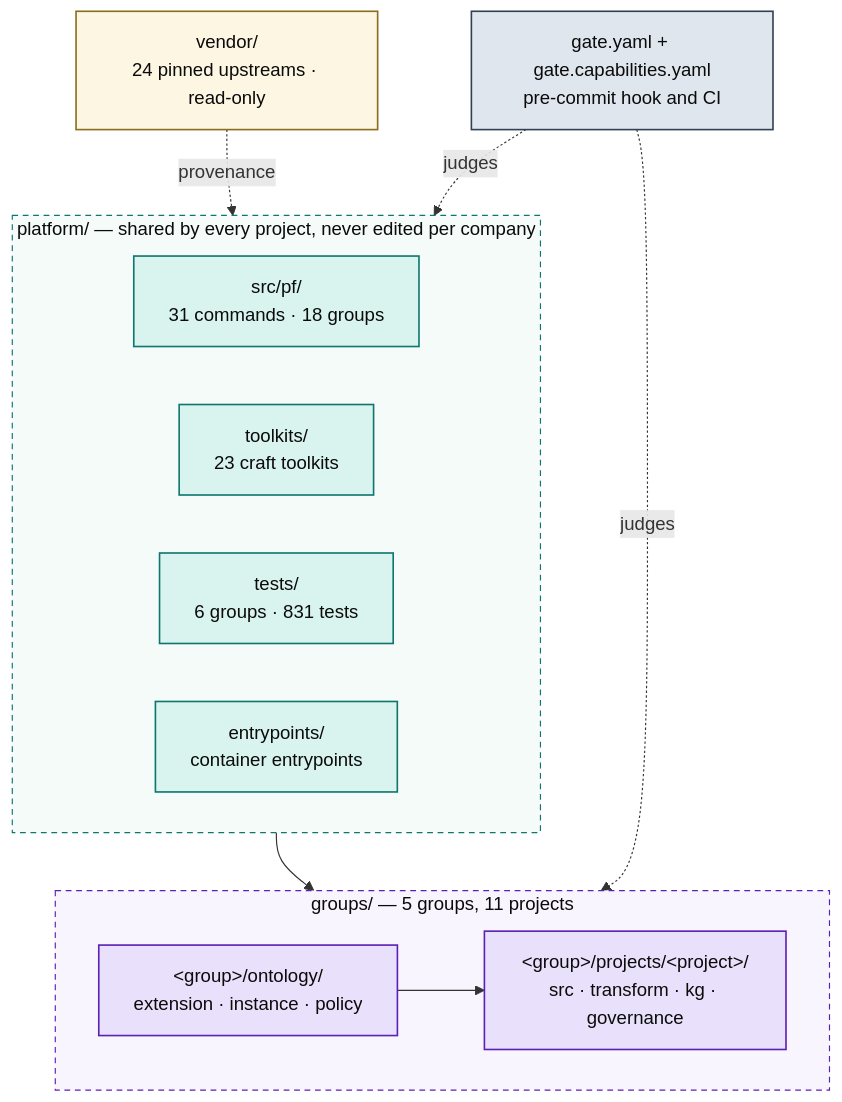
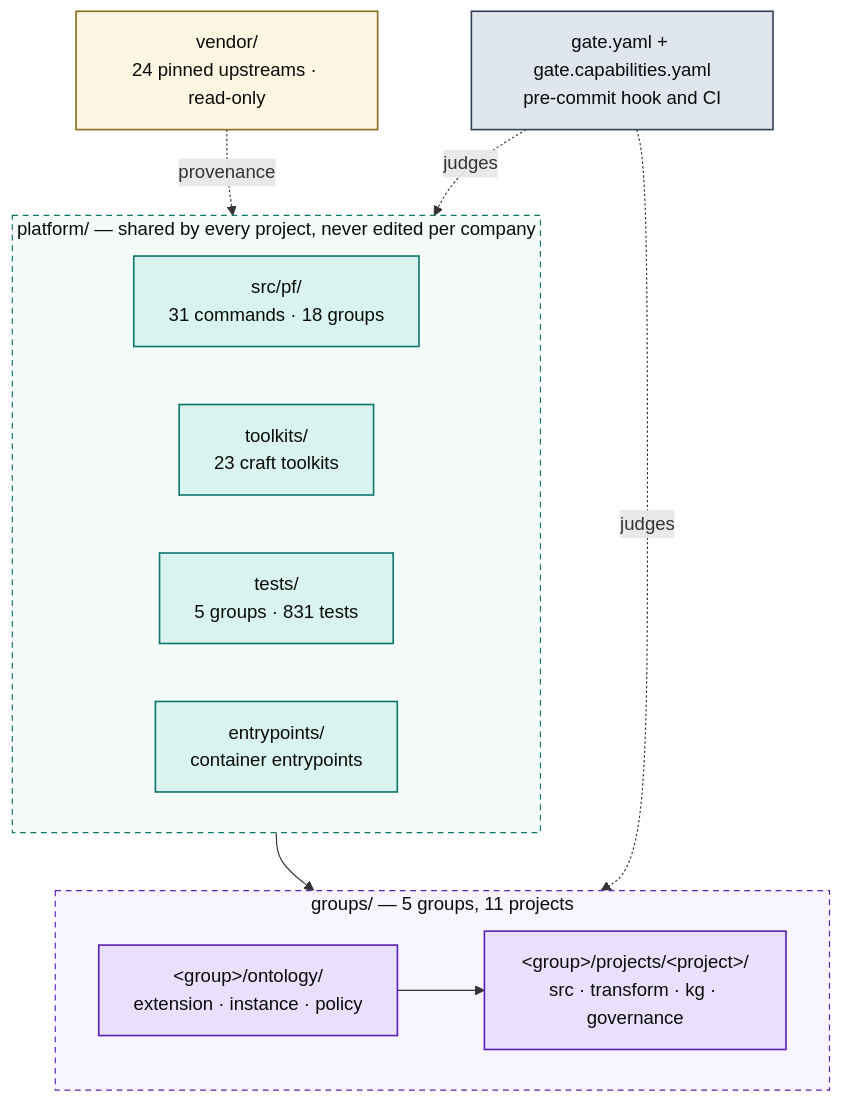
Before and after one commit to Atomz-org/data-platform: the first of 5 diagrams in docs/ARCHITECTURE.md, drawn with Mermaid. The commit also changed 5 other files, not shown here.

````diff
--- a/docs/ARCHITECTURE.md
+++ b/docs/ARCHITECTURE.md
@@ -15,36 +15,36 @@
 ```mermaid
 flowchart TB
   subgraph SHARED["platform/ — shared by every project, never edited per company"]
     direction LR
     ENG["src/pf/<br/>31 commands · 18 groups"]
     TK["toolkits/<br/>23 craft toolkits"]
-    TST["tests/<br/>6 groups · 831 tests"]
+    TST["tests/<br/>5 groups · 831 tests"]
     ENT["entrypoints/<br/>container entrypoints"]
   end
 
   subgraph ENTITIES["groups/ — 5 groups, 11 projects"]
     direction LR
     GRP["&lt;group&gt;/ontology/<br/>extension · instance · policy"]
     PRJ["&lt;group&gt;/projects/&lt;project&gt;/<br/>src · transform · kg · governance"]
     GRP --> PRJ
   end
 
   VEN["vendor/<br/>24 pinned upstreams · read-only"]
   GATE["gate.yaml + gate.capabilities.yaml<br/>pre-commit hook and CI"]
 
   SHARED --> ENTITIES
   VEN -.provenance.-> SHARED
   GATE -.judges.-> ENTITIES
   GATE -.judges.-> SHARED
 
   classDef code fill:#d9f4ee,stroke:#0f766e,stroke-width:1.4px,color:#0b0b0b
   classDef data fill:#e9e1fb,stroke:#5b21b6,stroke-width:1.4px,color:#0b0b0b
   classDef gov fill:#e0e6ed,stroke:#334155,stroke-width:1.4px,color:#0b0b0b
   classDef ext fill:#fdf6e3,stroke:#8a6d1f,stroke-width:1.4px,color:#0b0b0b
   class ENG,TK,TST,ENT code
   class GRP,PRJ data
   class GATE gov
   class VEN ext
   style SHARED fill:#f4fbf9,stroke:#0f766e,stroke-dasharray:5 4,color:#0b0b0b
   style ENTITIES fill:#f8f5fe,stroke:#5b21b6,stroke-dasharray:5 4,color:#0b0b0b
 ```
````
